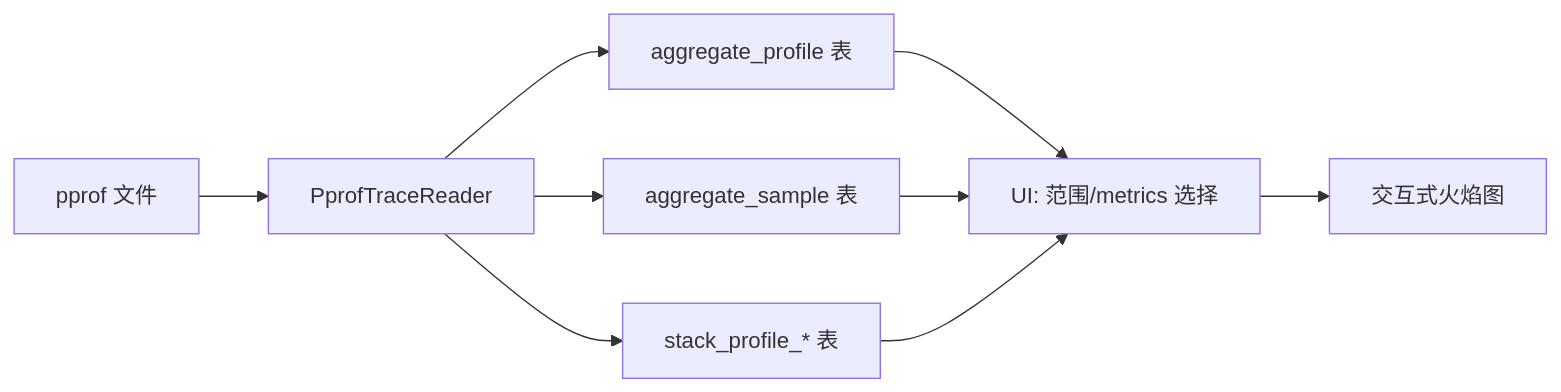
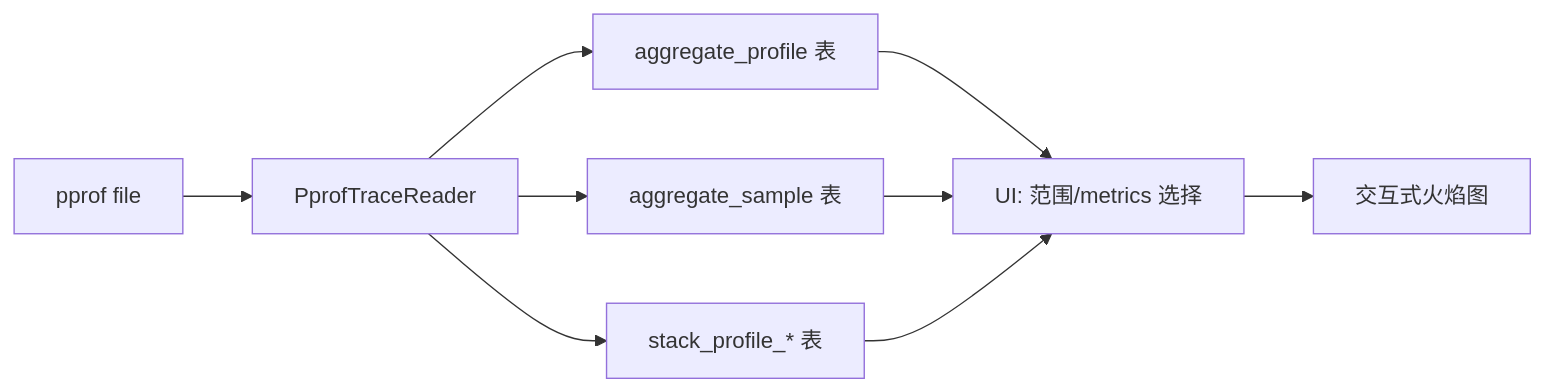
Before and after one commit to GuGu-Perf/perfetto-docs-zh-cn: the diagram in docs/design-docs/pprof-support.md, drawn with Mermaid. The commit also changed other lines of this file and 62 other files, not shown here.

````diff
--- a/docs/design-docs/pprof-support.md
+++ b/docs/design-docs/pprof-support.md
@@ -13,11 +13,11 @@
 ```mermaid
 graph LR
- A[pprof 文件] --> B[PprofTraceReader]
- B --> C[aggregate_profile 表]
- B --> D[aggregate_sample 表]
- B --> E[stack_profile_* 表]
- C --> F[UI: 范围/metrics 选择]
- D --> F
- E --> F
- F --> G[交互式火焰图]
+    A[pprof file] --> B[PprofTraceReader]
+    B --> C[aggregate_profile 表]
+    B --> D[aggregate_sample 表]
+    B --> E[stack_profile_* 表]
+    C --> F[UI: 范围/metrics 选择]
+    D --> F
+    E --> F
+    F --> G[交互式火焰图]
 ```
````
